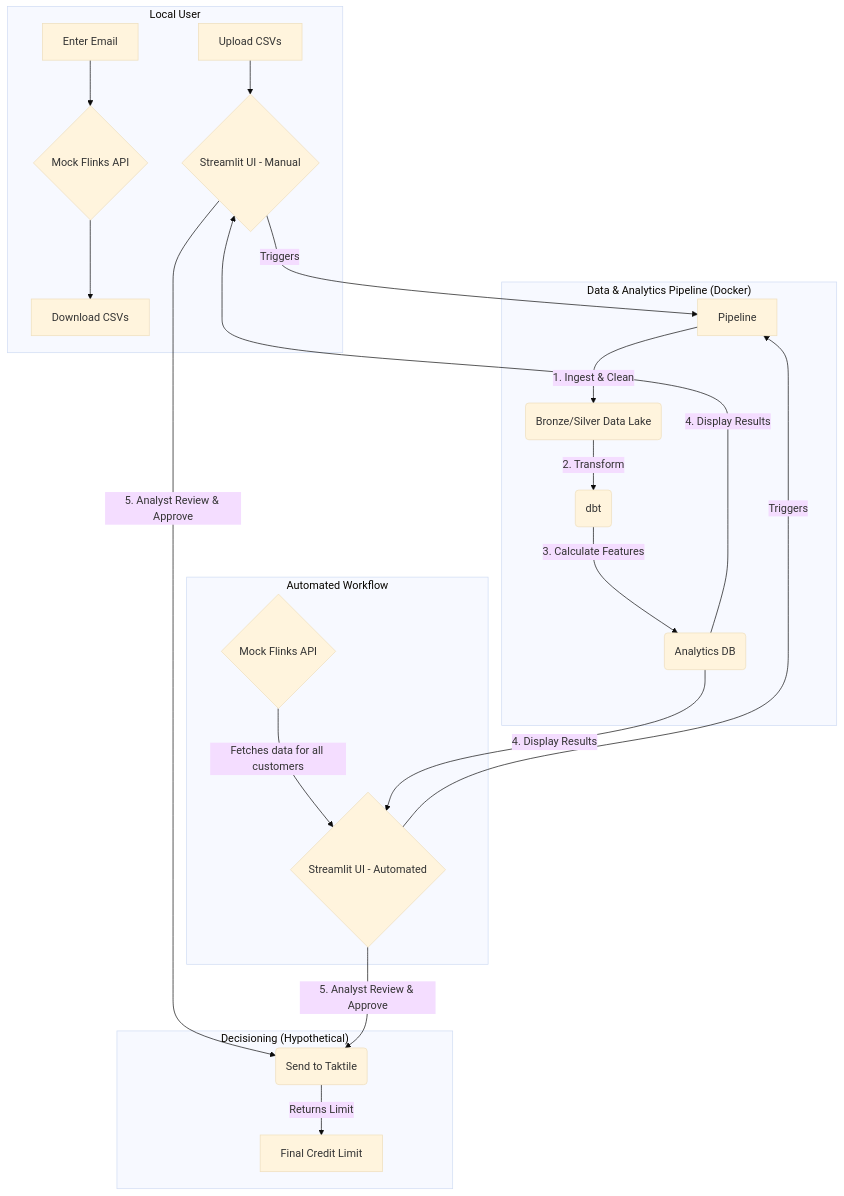
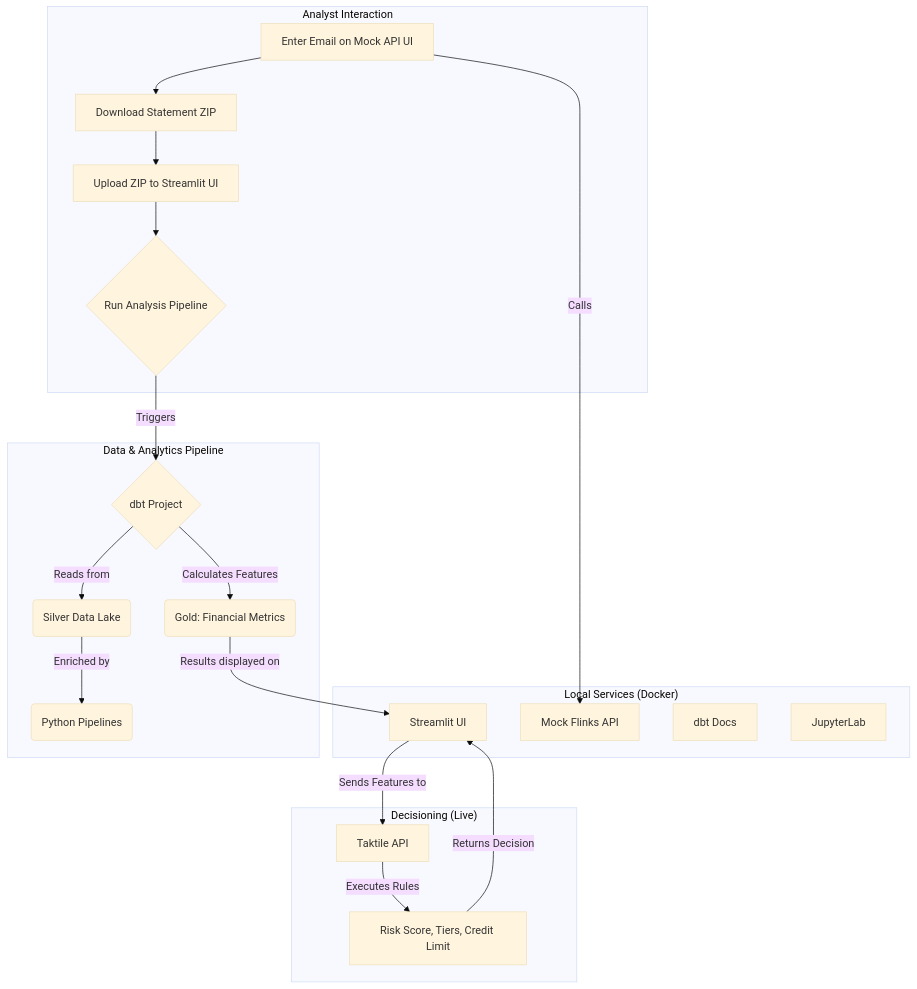
One commit to thiagorlopes/keep changed the diagram in docs/technical_reference.md. Above: the diagram before and after it, drawn with Mermaid (base theme). The commit also changed other lines of this file and 1 other file, not shown here.

Commit message:
docs: Align documentation with case study requirements

````diff
--- a/docs/technical_reference.md
+++ b/docs/technical_reference.md
@@ -6,28 +6,31 @@
 ```mermaid
 graph TD
-    subgraph "Local User"
-        A[Enter Email] --> B{Mock Flinks API};
-        B --> C[Download CSVs];
-        D[Upload CSVs] --> E{Streamlit UI - Manual};
+    subgraph "Analyst Interaction"
+        A[Enter Email on Mock API UI] --> B[Download Statement ZIP];
+        B --> C[Upload ZIP to Streamlit UI];
+        C --> D{Run Analysis Pipeline};
     end
 
-    subgraph "Automated Workflow"
-        F{Mock Flinks API} -- Fetches data for all customers --> G{Streamlit UI - Automated};
+    subgraph "Local Services (Docker)"
+        E[Mock Flinks API]
+        F[Streamlit UI]
+        G[dbt Docs]
+        H[JupyterLab]
+    end
+    
+    subgraph "Data & Analytics Pipeline"
+        D -- Triggers --> I{dbt Project};
+        I -- Reads from --> J(Silver Data Lake);
+        J -- Enriched by --> K(Python Pipelines);
+        I -- Calculates Features --> L(Gold: Financial Metrics);
+        L -- Results displayed on --> F;
     end
 
-    subgraph "Data & Analytics Pipeline (Docker)"
-        E -- Triggers --> H[Pipeline];
-        G -- Triggers --> H[Pipeline];
-        H -- 1. Ingest & Clean --> I(Bronze/Silver Data Lake);
-        I -- 2. Transform --> J(dbt);
-        J -- 3. Calculate Features --> K(Analytics DB);
-        K -- 4. Display Results --> E;
-        K -- 4. Display Results --> G;
+    subgraph "Decisioning (Live)"
+        F -- Sends Features to --> M[Taktile API];
+        M -- Executes Rules --> N[Risk Score, Tiers, Credit Limit];
+        N -- Returns Decision --> F;
     end
 
-    subgraph "Decisioning (Hypothetical)"
-        E -- 5. Analyst Review & Approve --> L(Send to Taktile);
-        G -- 5. Analyst Review & Approve --> L;
-        L -- Returns Limit --> M[Final Credit Limit];
-    end
+    A -- Calls --> E;
 ```
````
